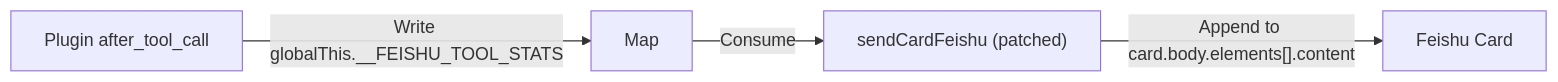
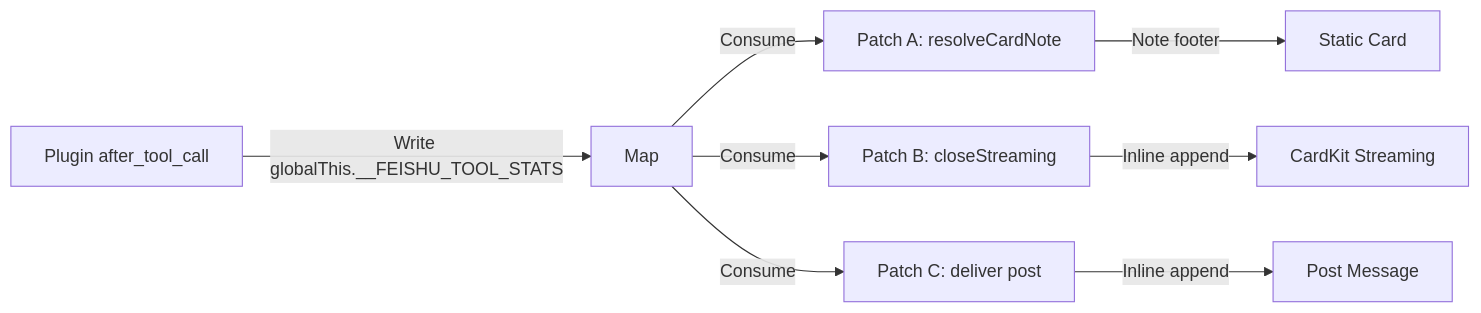
Before and after one commit to ffexis/openclaw-plugin-tool-trace: the first of 2 diagrams in README.md, drawn with Mermaid. The commit also changed other lines of this file and 2 other files, not shown here.

First line of the commit message:
v2: migrate patch from sendCardFeishu to monitor.account

````diff
--- a/README.md
+++ b/README.md
@@ -73,6 +79,10 @@
 ```mermaid
 flowchart LR
   Plugin["Plugin after_tool_call"] -->|"Write globalThis.__FEISHU_TOOL_STATS"| Map[Map<targetId, counts>]
-  Map -->|"Consume"| Patch["sendCardFeishu (patched)"]
-  Patch -->|"Append to card.body.elements[].content"| Card["Feishu Card"]
+  Map -->|"Consume"| A["Patch A: resolveCardNote"]
+  Map -->|"Consume"| B["Patch B: closeStreaming"]
+  Map -->|"Consume"| C["Patch C: deliver post"]
+  A -->|"Note footer"| Card["Static Card"]
+  B -->|"Inline append"| Stream["CardKit Streaming"]
+  C -->|"Inline append"| Post["Post Message"]
 ```
````
